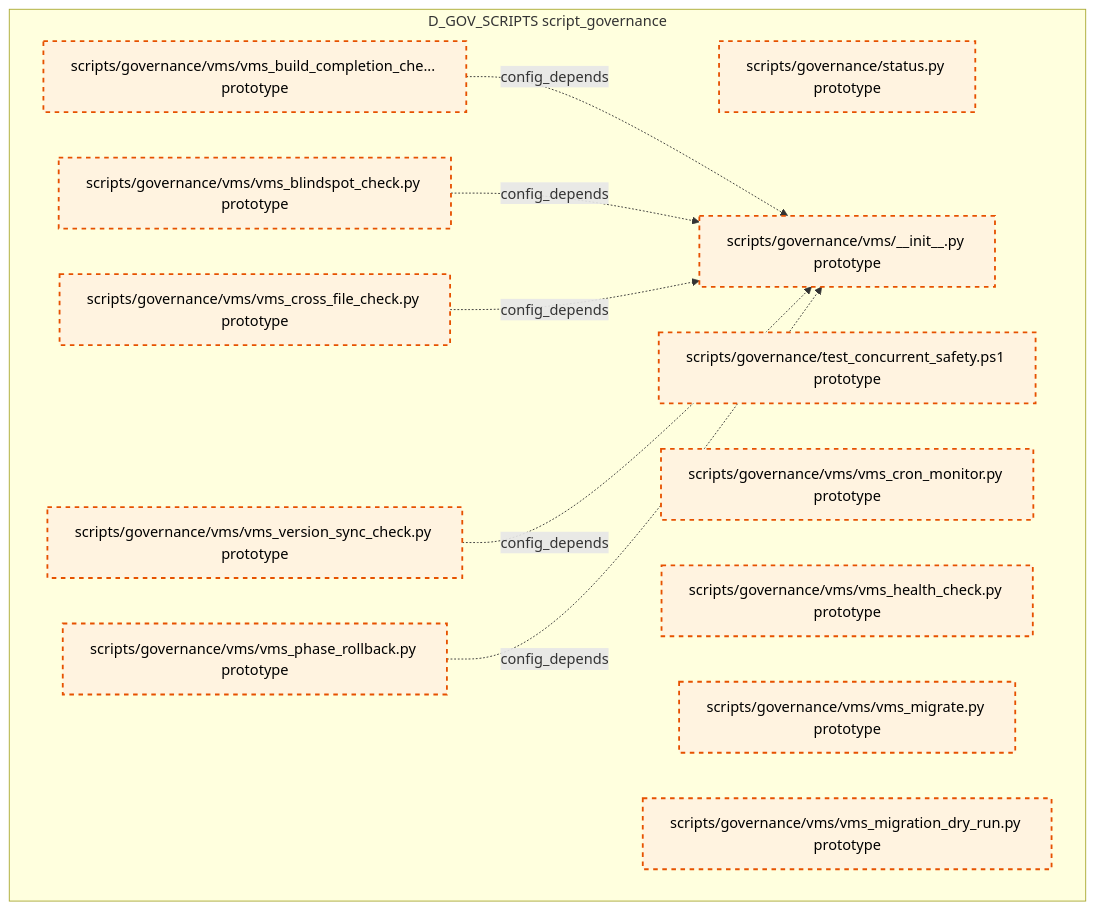
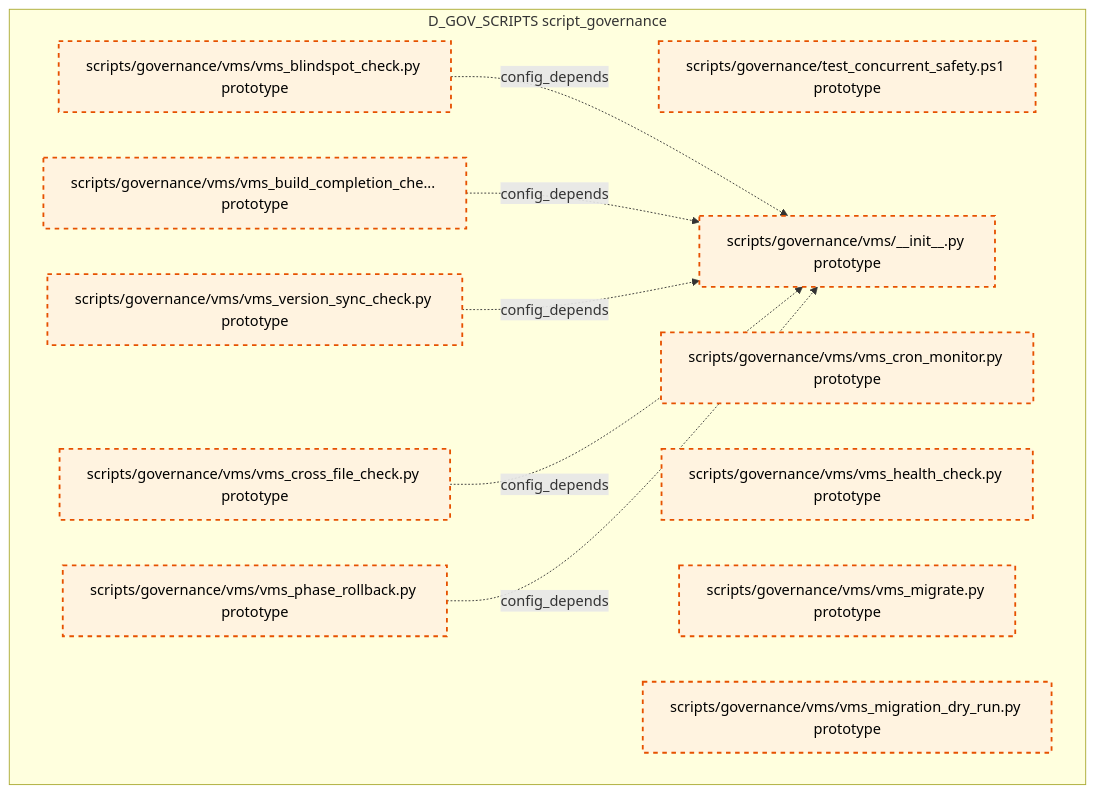
One commit to xuanFelixVan/ZephyrAlpha changed diagram 15 of 15 in docs/02_enterprise_architecture/02_domain_architecture_docs/36_d_gov_scripts.md. Above: the diagram before and after it, drawn with Mermaid. The commit also changed other lines of this file and 99 other files, not shown here.

````diff
--- a/docs/02_enterprise_architecture/02_domain_architecture_docs/36_d_gov_scripts.md
+++ b/docs/02_enterprise_architecture/02_domain_architecture_docs/36_d_gov_scripts.md
@@ -1016,27 +1012,26 @@
 ```mermaid
 graph TD
     subgraph D_GOV_SCRIPTS["D_GOV_SCRIPTS script_governance"]
-        scripts_governance_status_py["scripts/governance/status.py prototype"]
         scripts_governance_test_concurrent_safety_ps1["scripts/governance/test_concurrent_safety.ps1 prototype"]
         scripts_governance_vms_init_py["scripts/governance/vms/__init__.py prototype"]
         scripts_governance_vms_vms_blindspot_check_py["scripts/governance/vms/vms_blindspot_check.py prototype"]
         scripts_governance_vms_vms_build_completion_check_py["scripts/governance/vms/vms_build_completion_che... prototype"]
         scripts_governance_vms_vms_cron_monitor_py["scripts/governance/vms/vms_cron_monitor.py prototype"]
         scripts_governance_vms_vms_cross_file_check_py["scripts/governance/vms/vms_cross_file_check.py prototype"]
         scripts_governance_vms_vms_health_check_py["scripts/governance/vms/vms_health_check.py prototype"]
         scripts_governance_vms_vms_migrate_py["scripts/governance/vms/vms_migrate.py prototype"]
         scripts_governance_vms_vms_migration_dry_run_py["scripts/governance/vms/vms_migration_dry_run.py prototype"]
         scripts_governance_vms_vms_phase_rollback_py["scripts/governance/vms/vms_phase_rollback.py prototype"]
         scripts_governance_vms_vms_version_sync_check_py["scripts/governance/vms/vms_version_sync_check.py prototype"]
     end
+    scripts_governance_vms_vms_blindspot_check_py -.->|config_depends| scripts_governance_vms_init_py
     scripts_governance_vms_vms_build_completion_check_py -.->|config_depends| scripts_governance_vms_init_py
-    scripts_governance_vms_vms_blindspot_check_py -.->|config_depends| scripts_governance_vms_init_py
+    scripts_governance_vms_vms_version_sync_check_py -.->|config_depends| scripts_governance_vms_init_py
     scripts_governance_vms_vms_cross_file_check_py -.->|config_depends| scripts_governance_vms_init_py
-    scripts_governance_vms_vms_version_sync_check_py -.->|config_depends| scripts_governance_vms_init_py
     scripts_governance_vms_vms_phase_rollback_py -.->|config_depends| scripts_governance_vms_init_py
     classDef production fill:#e1f5fe,stroke:#01579b,stroke-width:2px,color:#000
     classDef design fill:#fff3e0,stroke:#e65100,stroke-width:2px,color:#000,stroke-dasharray: 5 5
     classDef external_prod fill:#e8f5e9,stroke:#1b5e20,stroke-width:1px,color:#000
     classDef external_design fill:#fce4ec,stroke:#880e4f,stroke-width:1px,color:#000,stroke-dasharray: 5 5
-    class scripts_governance_status_py,scripts_governance_test_concurrent_safety_ps1,scripts_governance_vms_init_py,scripts_governance_vms_vms_blindspot_check_py,scripts_governance_vms_vms_build_completion_check_py,scripts_governance_vms_vms_cron_monitor_py,scripts_governance_vms_vms_cross_file_check_py,scripts_governance_vms_vms_health_check_py,scripts_governance_vms_vms_migrate_py,scripts_governance_vms_vms_migration_dry_run_py,scripts_governance_vms_vms_phase_rollback_py,scripts_governance_vms_vms_version_sync_check_py design
+    class scripts_governance_test_concurrent_safety_ps1,scripts_governance_vms_init_py,scripts_governance_vms_vms_blindspot_check_py,scripts_governance_vms_vms_build_completion_check_py,scripts_governance_vms_vms_cron_monitor_py,scripts_governance_vms_vms_cross_file_check_py,scripts_governance_vms_vms_health_check_py,scripts_governance_vms_vms_migrate_py,scripts_governance_vms_vms_migration_dry_run_py,scripts_governance_vms_vms_phase_rollback_py,scripts_governance_vms_vms_version_sync_check_py design
 ```
````
